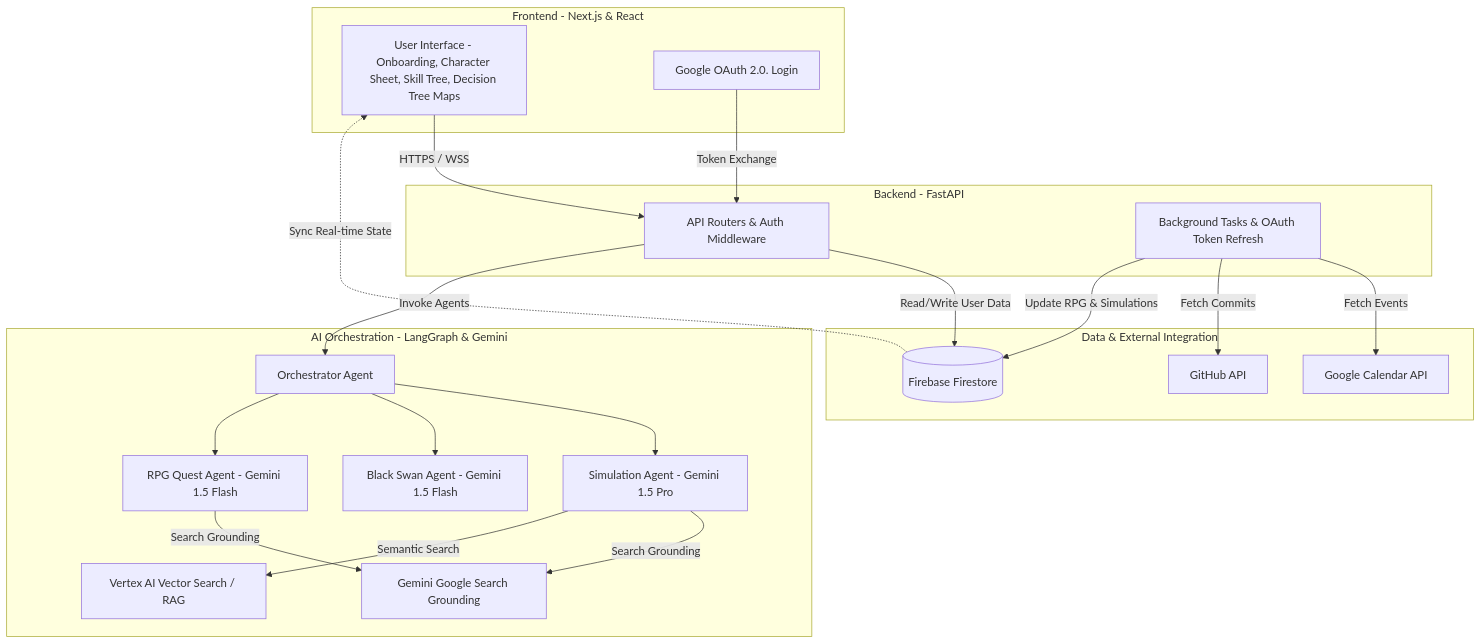
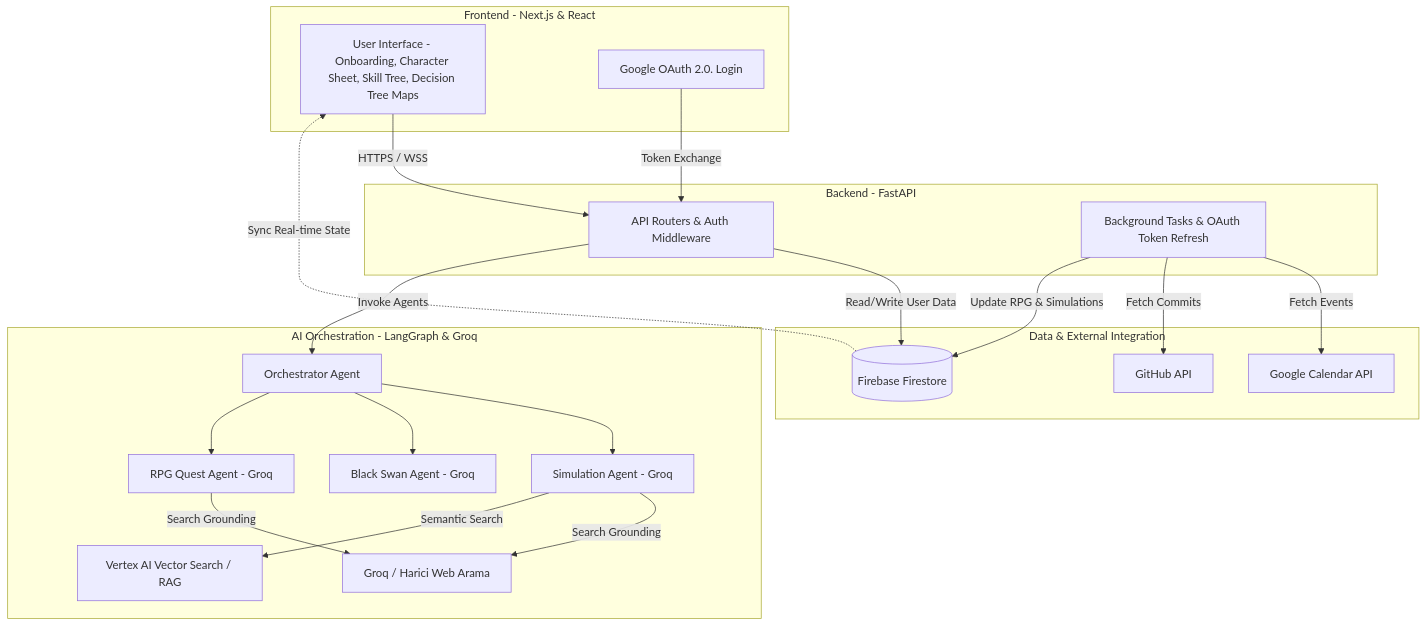
Before and after one commit to themuhammedguler/AlterLife: the first of 2 diagrams in README.md, drawn with Mermaid. The commit also changed other lines of this file and 70 other files, not shown here.

````diff
--- a/README.md
+++ b/README.md
@@ -129,51 +129,51 @@
 ```mermaid
 graph TD
     %% Frontend ve Client Katmanı
     subgraph Client [Frontend - Next.js & React]
         UI[User Interface - Onboarding, Character Sheet, Skill Tree, Decision Tree Maps]
         OAuth[Google OAuth 2.0. Login]
     end
 
     %% Backend ve API Katmanı
     subgraph API [Backend - FastAPI]
         Router[API Routers & Auth Middleware]
         SyncWorker[Background Tasks & OAuth Token Refresh]
     end
 
     %% Ajan ve AI Katmanı
-    subgraph AI [AI Orchestration - LangGraph & Gemini]
+    subgraph AI [AI Orchestration - LangGraph & Groq]
         Orchestrator[Orchestrator Agent]
-        SimAgent[Simulation Agent - Gemini 1.5 Pro]
-        StressAgent[Black Swan Agent - Gemini 1.5 Flash]
-        QuestAgent[RPG Quest Agent - Gemini 1.5 Flash]
-        GeminiSearch[Gemini Google Search Grounding]
+        SimAgent[Simulation Agent - Groq]
+        StressAgent[Black Swan Agent - Groq]
+        QuestAgent[RPG Quest Agent - Groq]
+        GroqSearch[Groq / Harici Web Arama]
         VectorSearch[Vertex AI Vector Search / RAG]
     end
 
     %% Veritabanı ve Dış Servisler
     subgraph Data [Data & External Integration]
         Firestore[(Firebase Firestore)]
         CalendarAPI[Google Calendar API]
         GitHubAPI[GitHub API]
     end
 
     %% Akış Bağlantıları
     UI -->|HTTPS / WSS| Router
     OAuth -->|Token Exchange| Router
     Router -->|Read/Write User Data| Firestore
     Router -->|Invoke Agents| Orchestrator
     
     Orchestrator --> SimAgent
     Orchestrator --> StressAgent
     Orchestrator --> QuestAgent
 
-    SimAgent -->|Search Grounding| GeminiSearch
+    SimAgent -->|Search Grounding| GroqSearch
     SimAgent -->|Semantic Search| VectorSearch
-    QuestAgent -->|Search Grounding| GeminiSearch
+    QuestAgent -->|Search Grounding| GroqSearch
     
     SyncWorker -->|Fetch Events| CalendarAPI
     SyncWorker -->|Fetch Commits| GitHubAPI
     SyncWorker -->|Update RPG & Simulations| Firestore
     
     Firestore -.->|Sync Real-time State| UI
 ```
````
